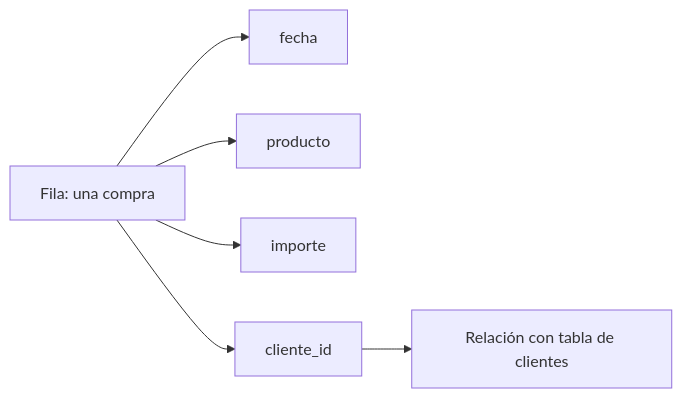
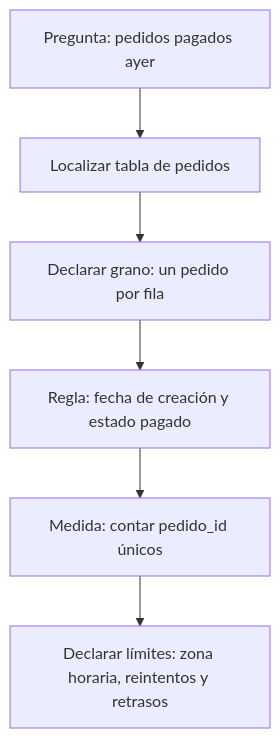
Before and after one commit to Ayhur/CursoAnalista: the fifth of 35 diagrams in dist/markdown/temario-completo.md, drawn with Mermaid. The commit also changed other lines of this file and 15 other files, not shown here.

````diff
--- a/dist/markdown/temario-completo.md
+++ b/dist/markdown/temario-completo.md
@@ -341,8 +330,8 @@
 ```mermaid
-flowchart LR
-    A[Fila: una compra] --> B[fecha]
-    A --> C[producto]
-    A --> D[importe]
-    A --> E[cliente_id]
-    E --> F[Relación con tabla de clientes]
+flowchart TD
+    Q[Pregunta: pedidos pagados ayer] --> F[Localizar tabla de pedidos]
+    F --> G[Declarar grano: un pedido por fila]
+    G --> R[Regla: fecha de creación y estado pagado]
+    R --> M[Medida: contar pedido_id únicos]
+    M --> L[Declarar límites: zona horaria, reintentos y retrasos]
 ```
````
